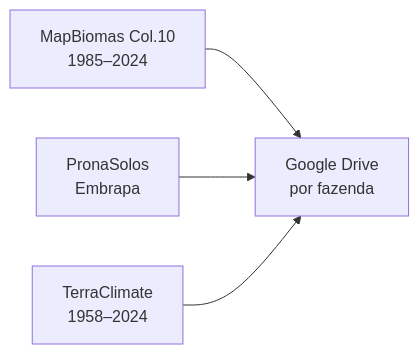
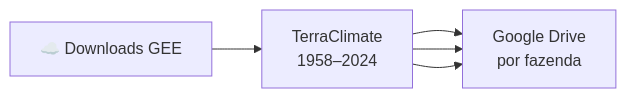
One commit to FelipeJesusRemoteSensing/CarbonProgram changed the second of 6 diagrams in docs/mds/scripts.md. Above: the diagram before and after it, drawn with Mermaid.

````diff
--- a/docs/mds/scripts.md
+++ b/docs/mds/scripts.md
@@ -18,6 +18,7 @@
 ```mermaid
 flowchart LR
-    A[MapBiomas Col.10\n1985–2024] --> D[Google Drive\npor fazenda]
-    B[PronaSolos\nEmbrapa] --> D
-    C[TerraClimate\n1958–2024] --> D
+    A[☁️ Downloads GEE] --> B
+    B[MapBiomas Col.10\n1985–2024] --> C[Google Drive\npor fazenda]
+    B[PronaSolos\nEmbrapa] --> C
+    B[TerraClimate\n1958–2024] --> C
 ```
````
